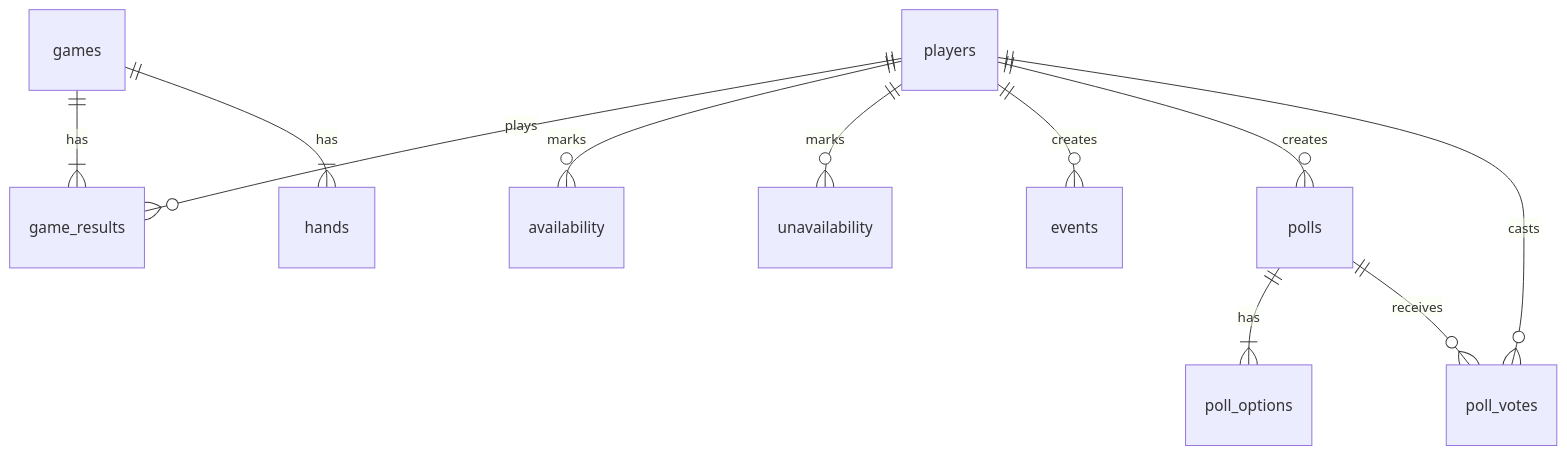
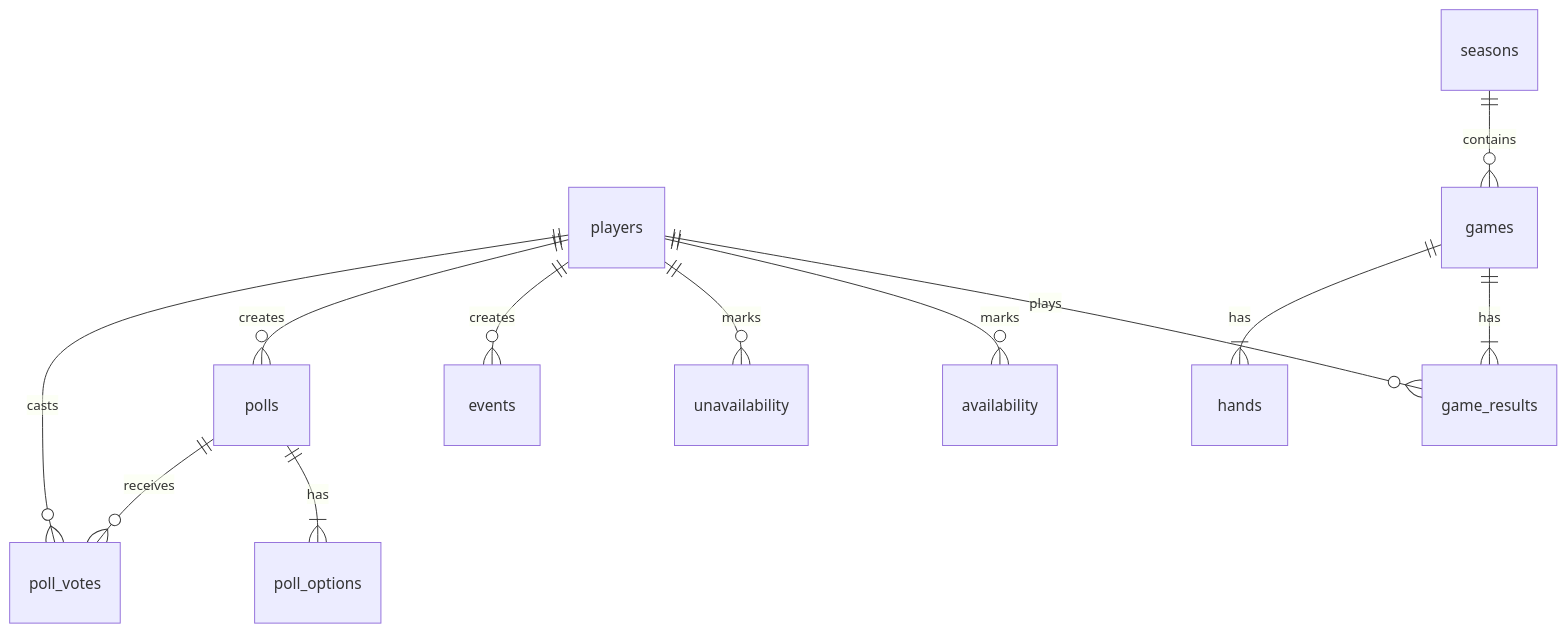
The second of 2 diagrams in README.md (rlchen74/3pmleague), drawn with Mermaid before and after one commit. The commit also changed other lines of this file and 6 other files, not shown here.

````diff
--- a/README.md
+++ b/README.md
@@ -49,13 +49,14 @@
 ```mermaid
 erDiagram
   players ||--o{ game_results : plays
   games ||--|{ game_results : has
   games ||--|{ hands : has
   players ||--o{ availability : marks
   players ||--o{ unavailability : marks
   players ||--o{ events : creates
   players ||--o{ polls : creates
   polls ||--|{ poll_options : has
   polls ||--o{ poll_votes : receives
   players ||--o{ poll_votes : casts
+  seasons ||--o{ games : contains
 ```
````
